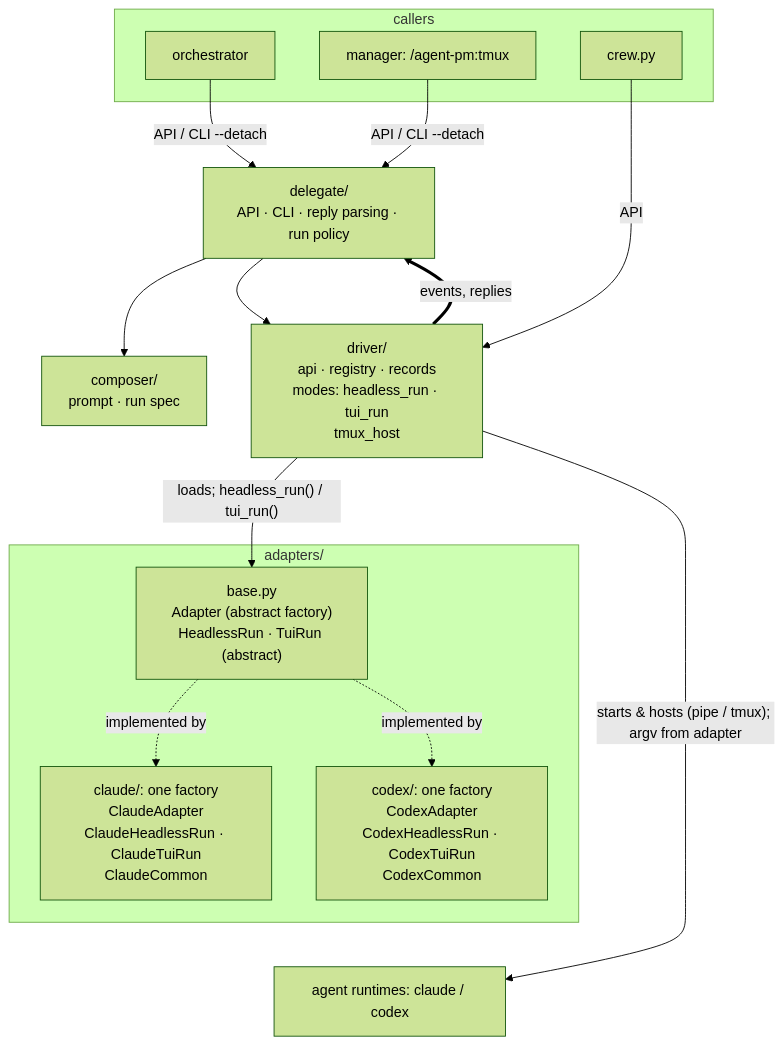
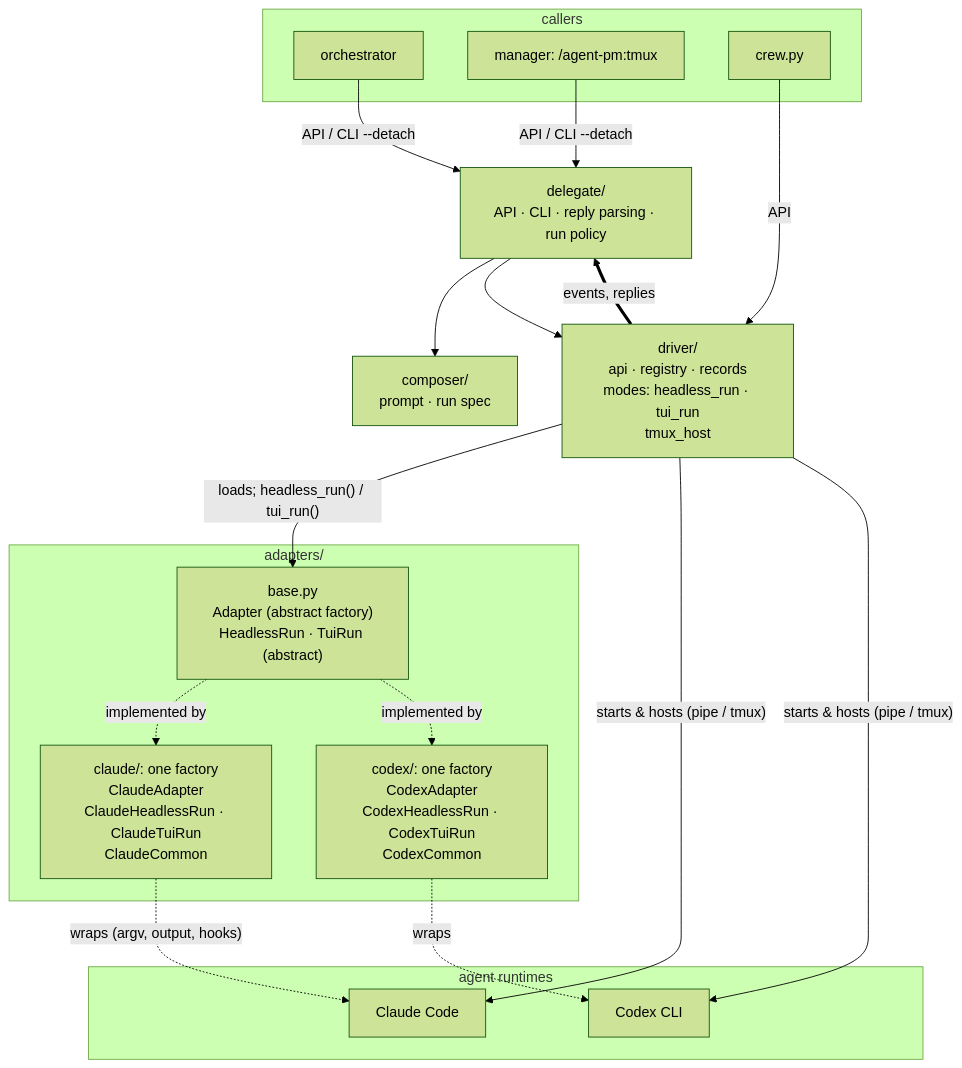
One commit to ophis/agent-pm changed the second of 4 diagrams in README.md. Above: the diagram before and after it, drawn with Mermaid (forest theme). The commit also changed other lines of this file, not shown here.

Commit message:
README: each adapter wraps its own runtime in the core diagram
Claude-Session: https://claude.ai/code/session_01DWNTKp8E4ZkndBswMuqLEu

````diff
--- a/README.md
+++ b/README.md
@@ -20,25 +20,29 @@
 ```mermaid
 flowchart TB
   subgraph L1[callers]
     O[orchestrator]
     M["manager: /agent-pm:tmux"]
     W[crew.py]
   end
   D["delegate/<br>API · CLI · reply parsing · run policy"]
   C["composer/<br>prompt · run spec"]
   DR["driver/<br>api · registry · records<br>modes: headless_run · tui_run<br>tmux_host"]
   subgraph AD[adapters/]
     B["base.py<br>Adapter (abstract factory)<br>HeadlessRun · TuiRun (abstract)"]
     CL["claude/: one factory<br>ClaudeAdapter<br>ClaudeHeadlessRun · ClaudeTuiRun<br>ClaudeCommon"]
     CX["codex/: one factory<br>CodexAdapter<br>CodexHeadlessRun · CodexTuiRun<br>CodexCommon"]
   end
-  P["agent runtimes: claude / codex"]
+  subgraph RT[agent runtimes]
+    P1[Claude Code]
+    P2[Codex CLI]
+  end
   O & M -->|"API / CLI --detach"| D
   W -->|API| DR
   D --> C & DR
   DR -->|"loads; headless_run() / tui_run()"| B
   B -.->|implemented by| CL & CX
-  DR -->|"starts & hosts (pipe / tmux); argv from adapter"| P
+  DR -->|"starts & hosts (pipe / tmux)"| P1 & P2
   DR ==>|events, replies| D
-  CL & CX ~~~ P
+  CL -.->|"wraps (argv, output, hooks)"| P1
+  CX -.->|wraps| P2
 ```
````
